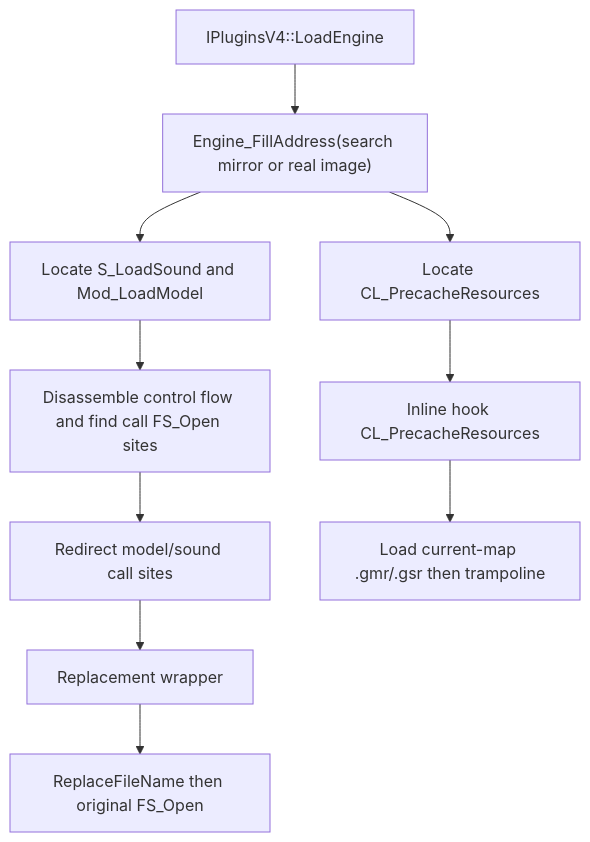
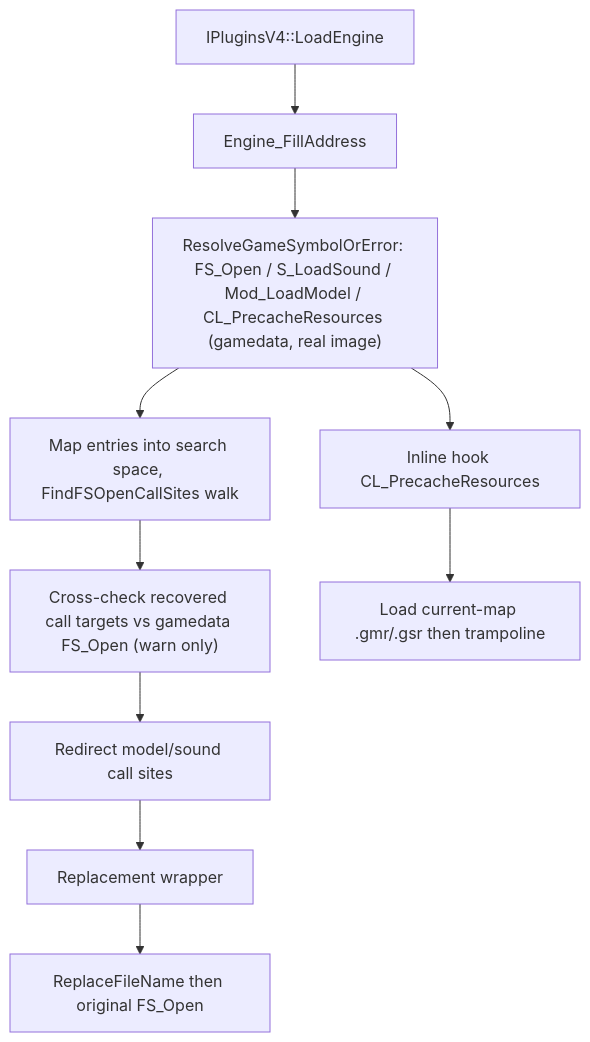
The diagram in memory/privatevars/resource-replacer-privatevars.md (hzqst/MetaHookSv), drawn with Mermaid before and after one commit. The commit also changed other lines of this file and 5 other files, not shown here.

First line of the commit message:
refactor(resource-replacer): migrate private symbol location to gamedata-only

````diff
--- a/memory/privatevars/resource-replacer-privatevars.md
+++ b/memory/privatevars/resource-replacer-privatevars.md
@@ -43,12 +42,12 @@
 ```mermaid
 flowchart TD
-    A["IPluginsV4::LoadEngine"] --> B["Engine_FillAddress(search mirror or real image)"]
-    B --> C["Locate S_LoadSound and Mod_LoadModel"]
-    C --> D["Disassemble control flow and find call FS_Open sites"]
-    B --> E["Locate CL_PrecacheResources"]
+    A["IPluginsV4::LoadEngine"] --> B["Engine_FillAddress"]
+    B --> B1["ResolveGameSymbolOrError: FS_Open / S_LoadSound / Mod_LoadModel / CL_PrecacheResources (gamedata, real image)"]
+    B1 --> C["Map entries into search space, FindFSOpenCallSites walk"]
+    C --> D["Cross-check recovered call targets vs gamedata FS_Open (warn only)"]
     D --> F["Redirect model/sound call sites"]
     F --> G["Replacement wrapper"]
     G --> H["ReplaceFileName then original FS_Open"]
-    E --> I["Inline hook CL_PrecacheResources"]
+    B1 --> I["Inline hook CL_PrecacheResources"]
     I --> J["Load current-map .gmr/.gsr then trampoline"]
 ```
````
